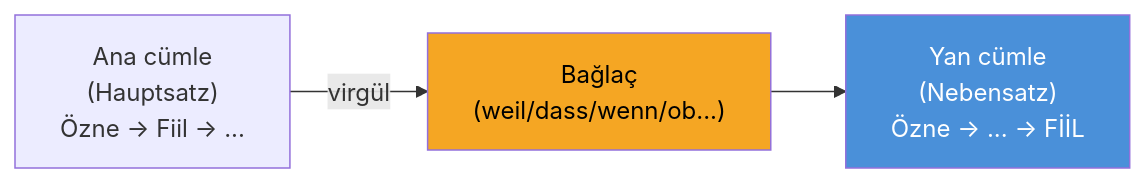
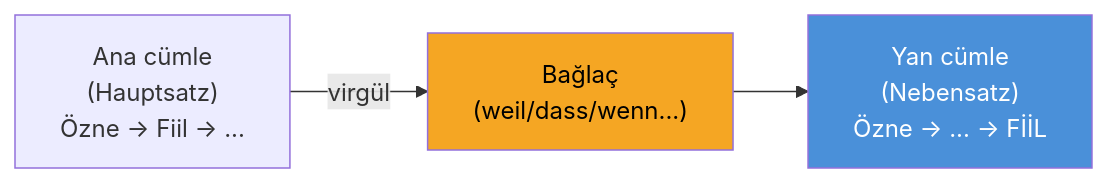
Before and after one commit to egeengin/DeutschLernen: the diagram in TELC_B1_Hazırlık/review_grammar_vocab.md, drawn with Mermaid. The commit also changed other lines of this file and 6 other files, not shown here.

````diff
--- a/TELC_B1_Hazırlık/review_grammar_vocab.md
+++ b/TELC_B1_Hazırlık/review_grammar_vocab.md
@@ -25,6 +23,6 @@
 ```mermaid
 flowchart LR
-    A["Ana cümle\n(Hauptsatz)\nÖzne → Fiil → ..."] -->|virgül| B["Bağlaç\n(weil/dass/wenn/ob...)"] --> C["Yan cümle\n(Nebensatz)\nÖzne → ... → FİİL"]
+    A["Ana cümle\n(Hauptsatz)\n Özne → Fiil → ..."] -->|virgül| B["Bağlaç\n(weil/dass/wenn...)"] --> C["Yan cümle\n(Nebensatz)\n Özne → ... → FİİL"]
     style B fill:#f5a623,color:#000
     style C fill:#4a90d9,color:#fff
 ```
````
